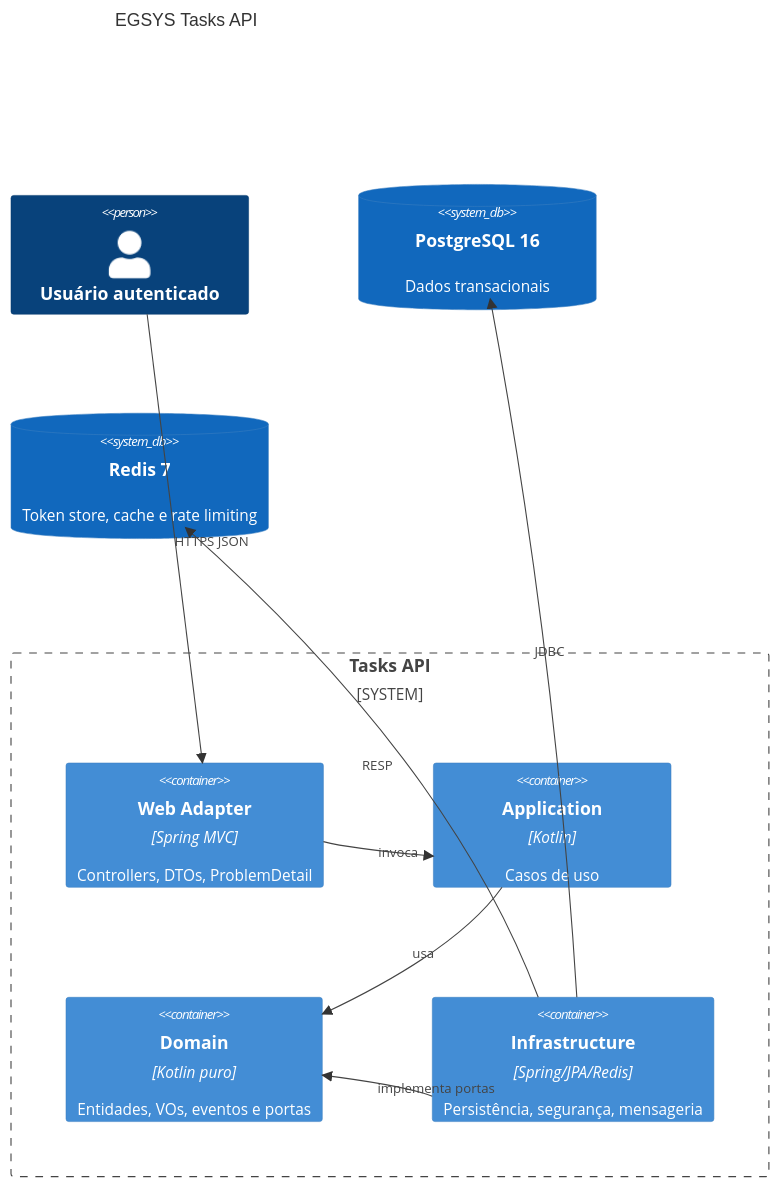
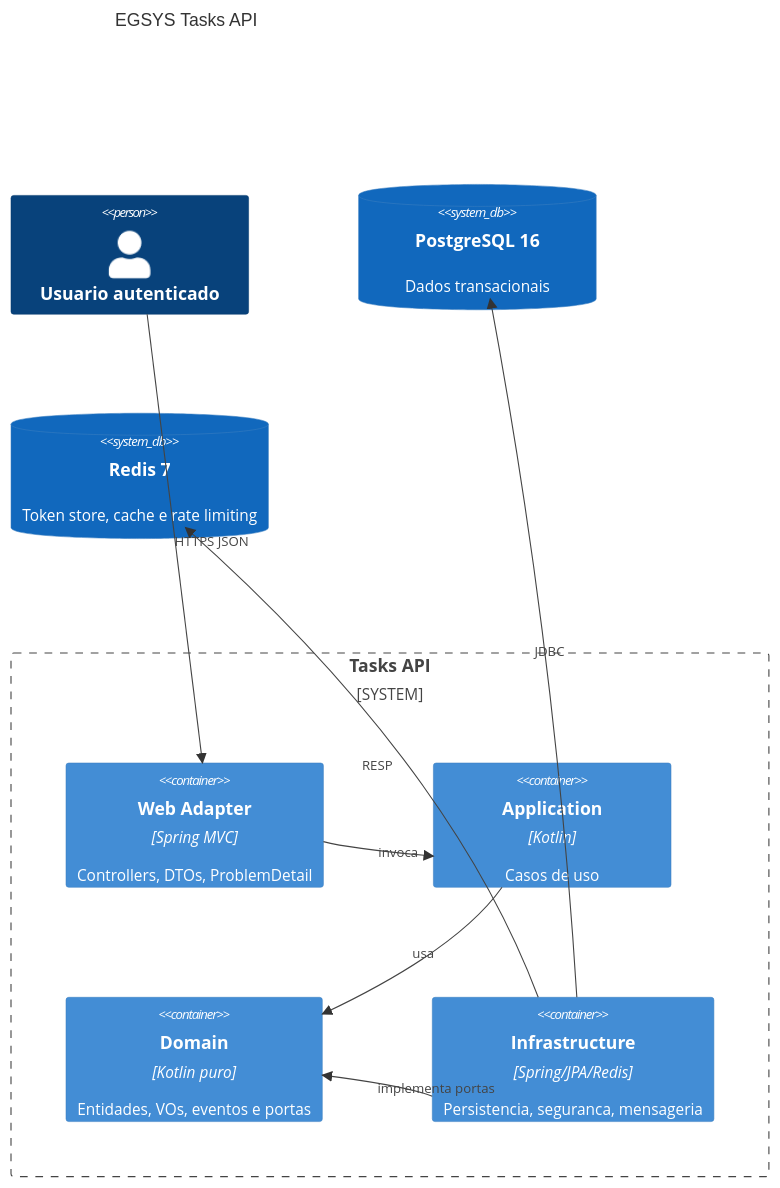
Before and after one commit to omatheusdutra/teste-api-spring-egsys: the diagram in README.md, drawn with Mermaid. The commit also changed other lines of this file and 10 other files, not shown here.

````diff
--- a/README.md
+++ b/README.md
@@ -167,21 +153,21 @@
 ```mermaid
 C4Container
 title EGSYS Tasks API
 
-Person(user, "Usuário autenticado")
+Person(user, "Usuario autenticado")
 System_Boundary(api, "Tasks API") {
   Container(web, "Web Adapter", "Spring MVC", "Controllers, DTOs, ProblemDetail")
   Container(app, "Application", "Kotlin", "Casos de uso")
   Container(domain, "Domain", "Kotlin puro", "Entidades, VOs, eventos e portas")
-  Container(infra, "Infrastructure", "Spring/JPA/Redis", "Persistência, segurança, mensageria")
+  Container(infra, "Infrastructure", "Spring/JPA/Redis", "Persistencia, seguranca, mensageria")
 }
 SystemDb(postgres, "PostgreSQL 16", "Dados transacionais")
 SystemDb(redis, "Redis 7", "Token store, cache e rate limiting")
 
 Rel(user, web, "HTTPS JSON")
 Rel(web, app, "invoca")
 Rel(app, domain, "usa")
 Rel(infra, domain, "implementa portas")
 Rel(infra, postgres, "JDBC")
 Rel(infra, redis, "RESP")
 ```
````
